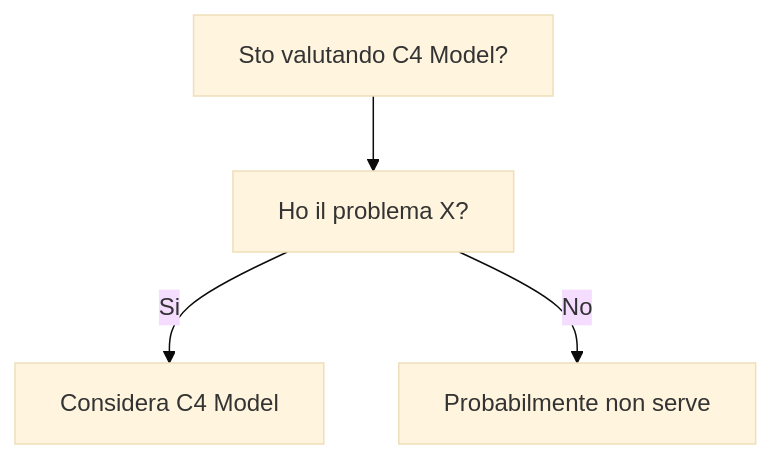
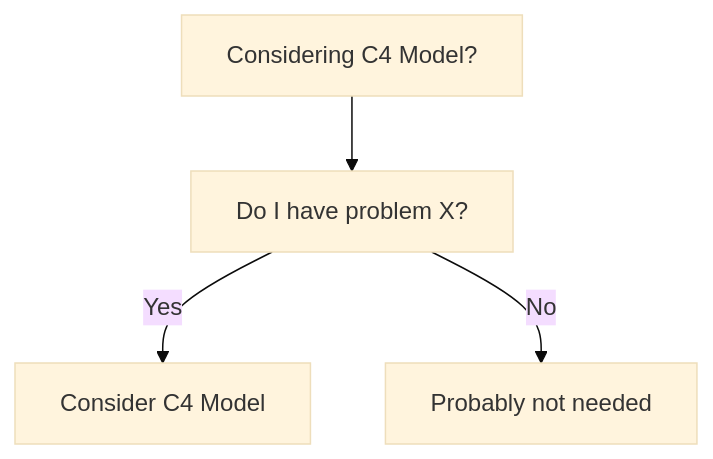
Before and after one commit to HxT9/Software-Dev-Wiki: the diagram in dev-wiki/25_Documentation/C4_Model/When_To_Use.md, drawn with Mermaid (base theme). The commit also changed other lines of this file and 3444 other files, not shown here.

````diff
--- a/dev-wiki/25_Documentation/C4_Model/When_To_Use.md
+++ b/dev-wiki/25_Documentation/C4_Model/When_To_Use.md
@@ -19,6 +19,6 @@
 ```mermaid
 flowchart TD
-  Q[Sto valutando C4 Model?] --> Q1[Ho il problema X?]
-  Q1 -->|Si| OK[Considera C4 Model]
-  Q1 -->|No| NO[Probabilmente non serve]
+  Q[Considering C4 Model?] --> Q1[Do I have problem X?]
+  Q1 -->|Yes| OK[Consider C4 Model]
+  Q1 -->|No| NO[Probably not needed]
 ```
````
